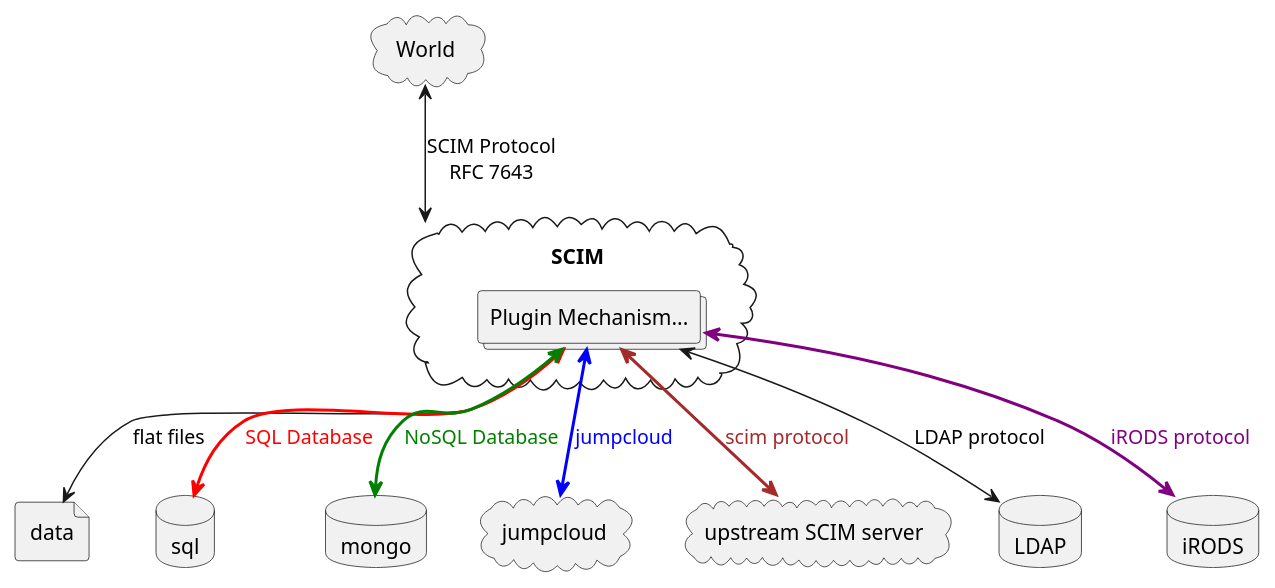
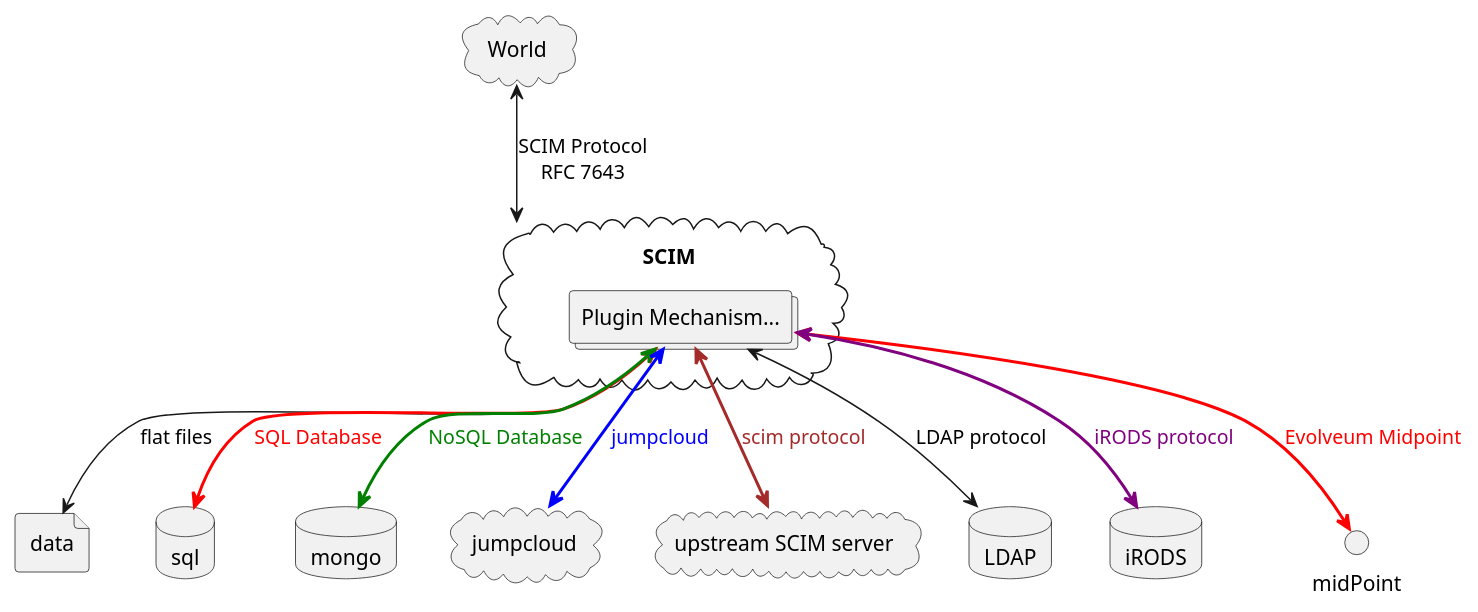
The diagram in data.iuml (HarryKodden/scim), drawn with PlantUML before and after one commit. The commit also changed 1 other file, not shown here.

```diff
--- a/data.iuml
+++ b/data.iuml
@@ -2,25 +2,26 @@
 @startuml
 cloud World
 
 cloud SCIM {
   collections plugin as "Plugin Mechanism..."
 }
 
 World <--> SCIM: SCIM Protocol\nRFC 7643
 
 file data
 database sql
 database mongo
 cloud jumpcloud
 cloud scim as "upstream SCIM server"
 database ldap as "LDAP"
 database irods as "iRODS"
 
 plugin <--> data : flat files
 plugin <--> sql #line:red;line.bold;text:red : SQL Database
 plugin <--> mongo #green;line.bold;text:green : NoSQL Database
 plugin <--> jumpcloud #blue;line.bold;text:blue : jumpcloud
+plugin <--> midPoint #red;line.bold;text:red : Evolveum Midpoint
 plugin <--> scim #brown;line.bold;text:brown : scim protocol
 plugin <--> ldap : LDAP protocol
 plugin <--> irods #purple;line.bold;text:purple : iRODS protocol
 @enduml
```
